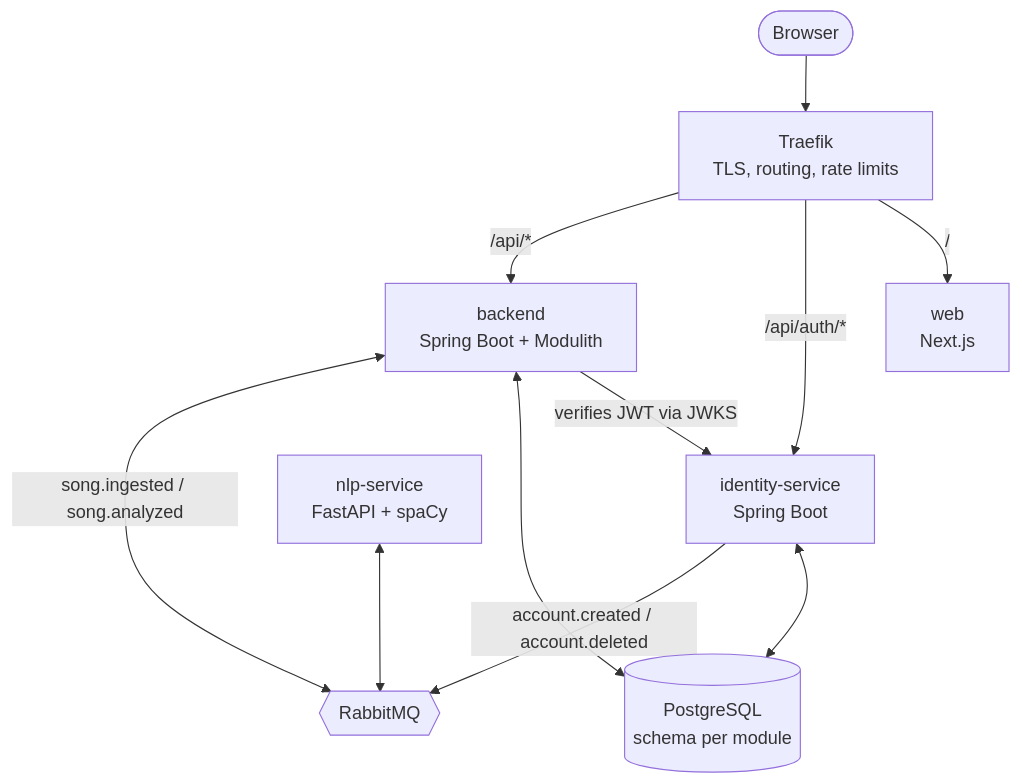
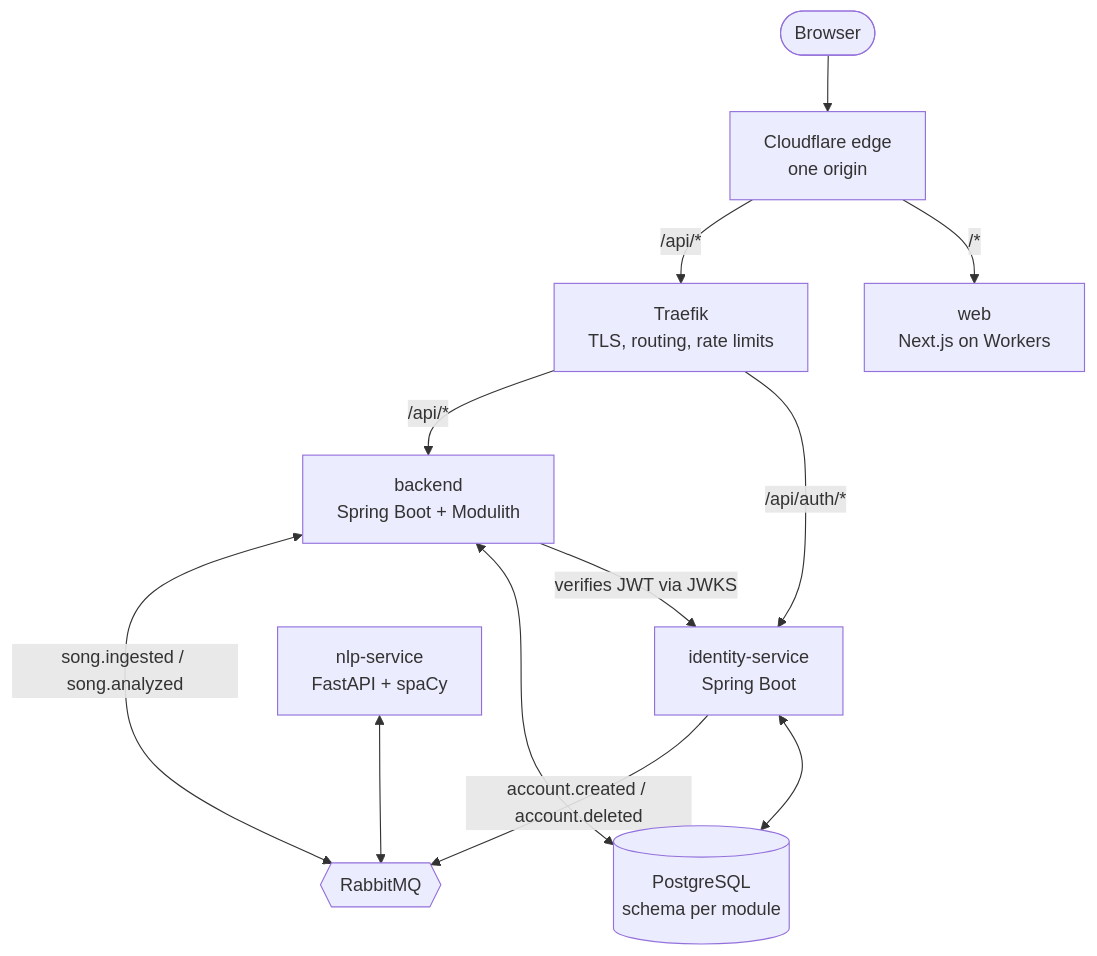
Before and after one commit to anasha447/lyric-sync-learning-platform: the second of 7 diagrams in docs/ARCHITECTURE.md, drawn with Mermaid. The commit also changed other lines of this file and 46 other files, not shown here.

Commit message:
feat(web): add the next.js on workers scaffold (#48)

````diff
--- a/docs/ARCHITECTURE.md
+++ b/docs/ARCHITECTURE.md
@@ -34,22 +34,24 @@
 ```mermaid
 flowchart TB
     browser([Browser])
+    edge[Cloudflare edge<br/>one origin]
     traefik[Traefik<br/>TLS, routing, rate limits]
-    web[web<br/>Next.js]
+    web[web<br/>Next.js on Workers]
     backend[backend<br/>Spring Boot + Modulith]
     identity[identity-service<br/>Spring Boot]
     nlp[nlp-service<br/>FastAPI + spaCy]
     pg[(PostgreSQL<br/>schema per module)]
     mq{{RabbitMQ}}
 
-    browser --> traefik
-    traefik -->|/| web
+    browser --> edge
+    edge -->|/*| web
+    edge -->|/api/*| traefik
     traefik -->|/api/auth/*| identity
     traefik -->|/api/*| backend
     backend -->|verifies JWT via JWKS| identity
     backend <--> pg
     identity <--> pg
     backend <-->|song.ingested / song.analyzed| mq
     nlp <--> mq
     identity -->|account.created / account.deleted| mq
 ```
````
